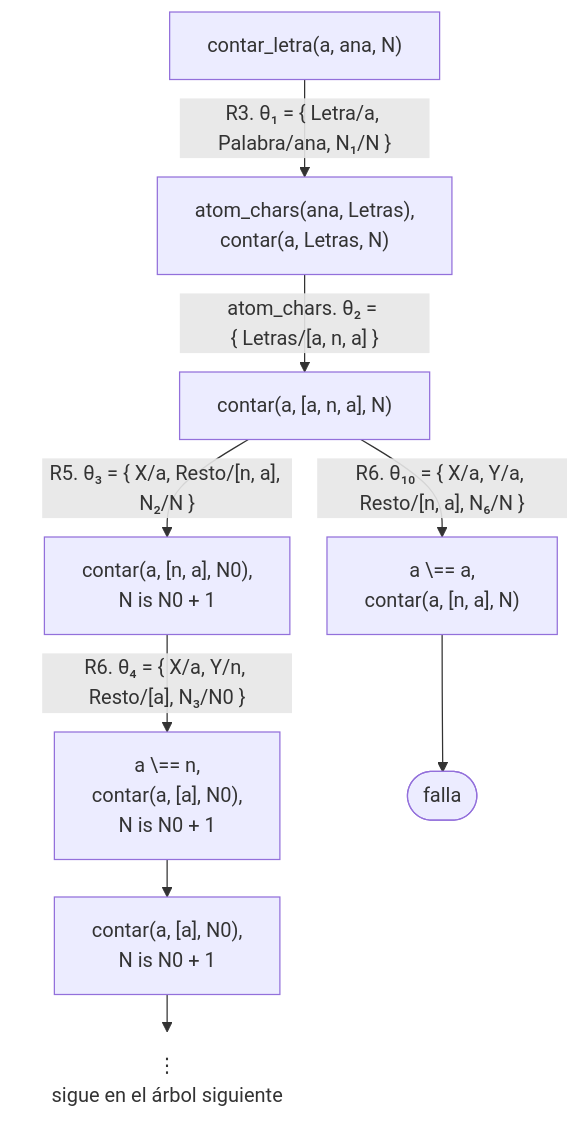
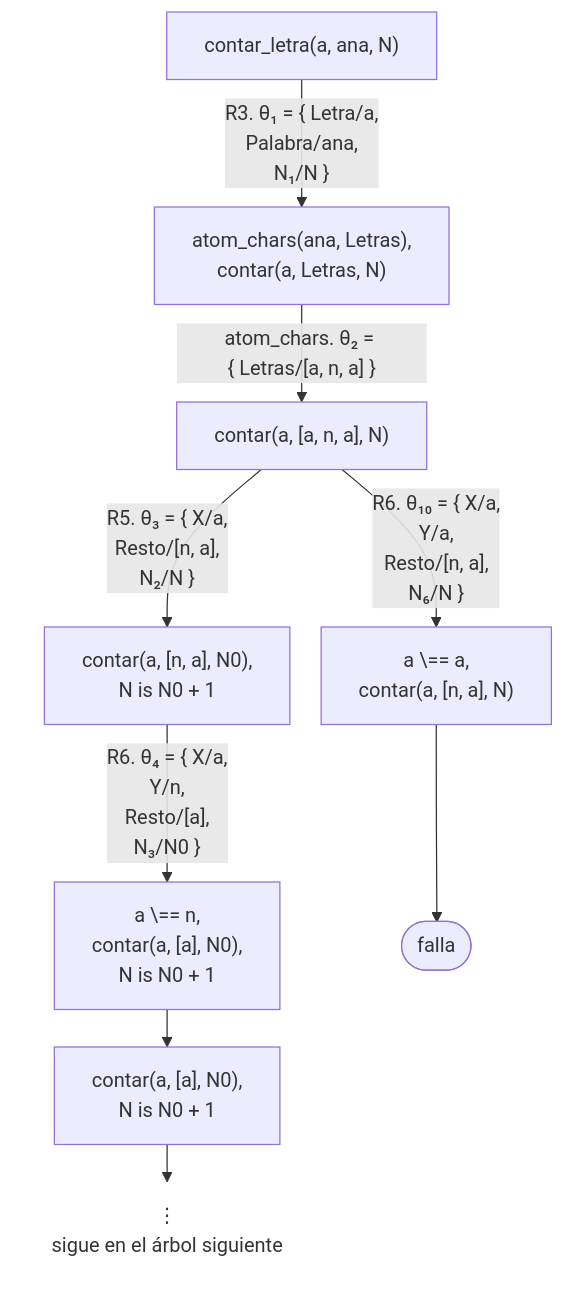
Before and after one commit to CesarBallardini/curso-de-prolog: the second of 6 diagrams in docs/capitulo-11-texto/index.md, drawn with Mermaid. The commit also changed other lines of this file and 24 other files, not shown here.

First line of the commit message:
feat(docs): botones para ocultar las columnas laterales y etiquetas cortas en los diagramas

````diff
--- a/docs/capitulo-11-texto/index.md
+++ b/docs/capitulo-11-texto/index.md
@@ -504,14 +504,14 @@
 ```mermaid
 %%{init: {"flowchart": {"rankSpacing": 30, "nodeSpacing": 25}}}%%
 flowchart TD
-    A["contar_letra(a, ana, N)"] -- "R3. θ₁ = {&nbsp;Letra/a, Palabra/ana, N₁/N&nbsp;}" --> B["atom_chars(ana, Letras),<br/>contar(a, Letras, N)"]
+    A["contar_letra(a, ana, N)"] -- "R3. θ₁ = {&nbsp;Letra/a,<br/>Palabra/ana,<br/>N₁/N&nbsp;}" --> B["atom_chars(ana, Letras),<br/>contar(a, Letras, N)"]
     B -- "atom_chars. θ₂ = {&nbsp;Letras/[a, n, a]&nbsp;}" --> C["contar(a, [a, n, a], N)"]
-    C -- "R5. θ₃ = {&nbsp;X/a, Resto/[n, a], N₂/N&nbsp;}" --> D["contar(a, [n, a], N0),<br/>N is N0 + 1"]
-    D -- "R6. θ₄ = {&nbsp;X/a, Y/n, Resto/[a], N₃/N0&nbsp;}" --> E["a \== n,<br/>contar(a, [a], N0),<br/>N is N0 + 1"]
+    C -- "R5. θ₃ = {&nbsp;X/a,<br/>Resto/[n, a],<br/>N₂/N&nbsp;}" --> D["contar(a, [n, a], N0),<br/>N is N0 + 1"]
+    D -- "R6. θ₄ = {&nbsp;X/a,<br/>Y/n,<br/>Resto/[a],<br/>N₃/N0&nbsp;}" --> E["a \== n,<br/>contar(a, [a], N0),<br/>N is N0 + 1"]
     E --> F["contar(a, [a], N0),<br/>N is N0 + 1"]
     F --> V["⋮<br/>sigue en el árbol siguiente"]
-    C -- "R6. θ₁₀ = {&nbsp;X/a, Y/a, Resto/[n, a], N₆/N&nbsp;}" --> L["a \== a,<br/>contar(a, [n, a], N)"]
+    C -- "R6. θ₁₀ = {&nbsp;X/a,<br/>Y/a,<br/>Resto/[n, a],<br/>N₆/N&nbsp;}" --> L["a \== a,<br/>contar(a, [n, a], N)"]
     L --> LF(["falla"])
     classDef abierto fill:none,stroke:none;
     class V abierto;
 ```
````
